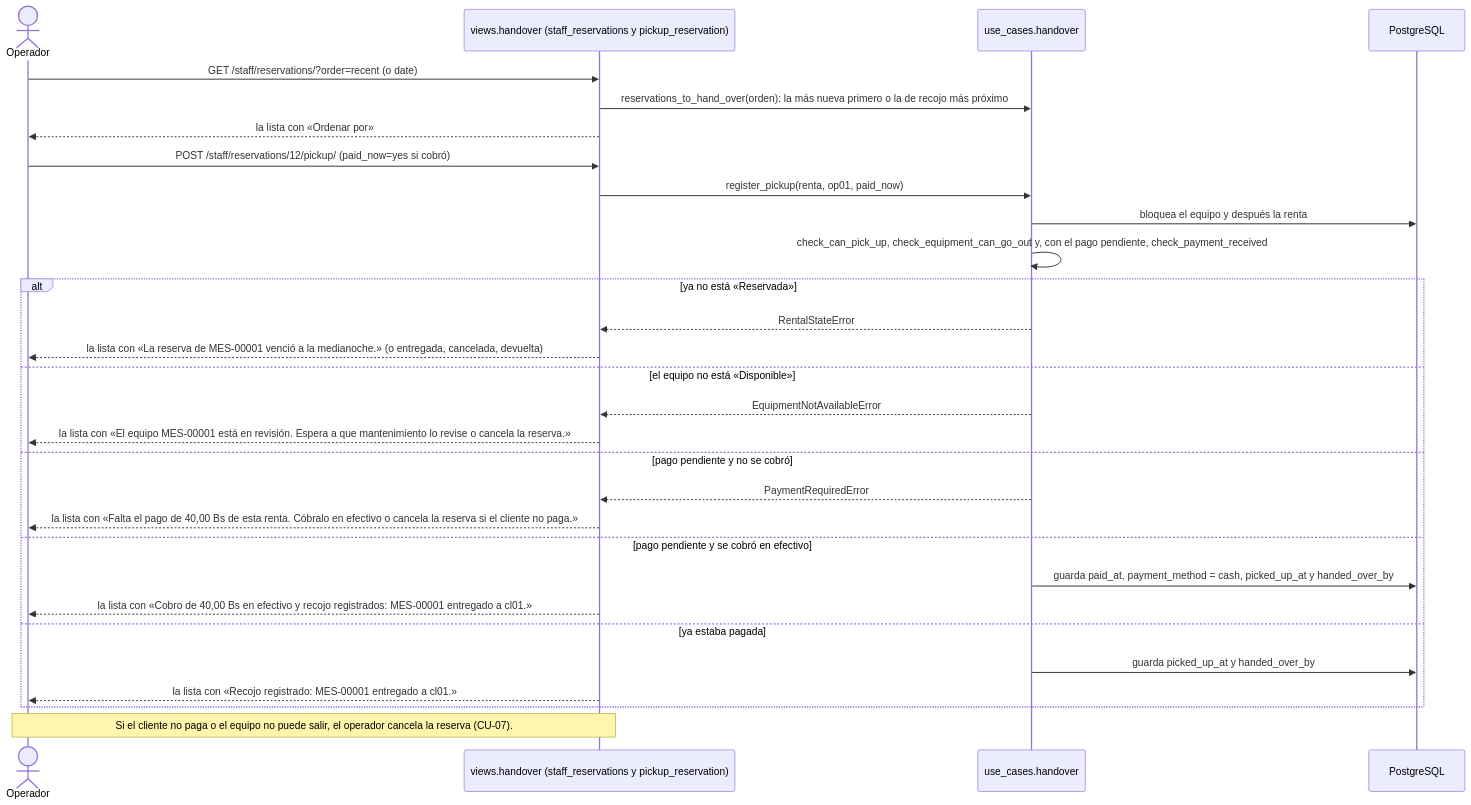
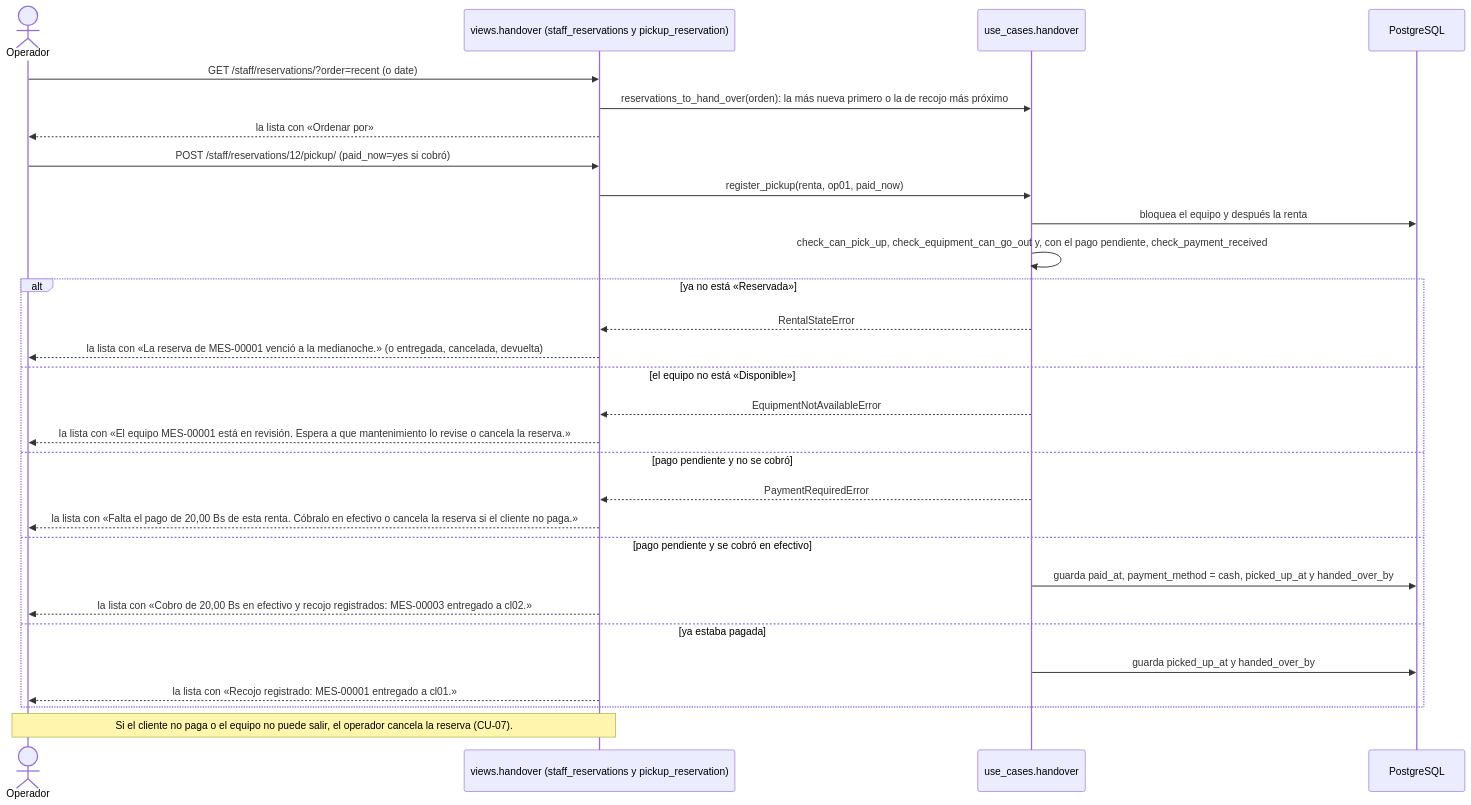
Before and after one commit to peterteranb/astra-rent-system: diagram 17 of 39 in docs/casos-de-uso.md, drawn with Mermaid. The commit also changed other lines of this file and 9 other files, not shown here.

````diff
--- a/docs/casos-de-uso.md
+++ b/docs/casos-de-uso.md
@@ -603,31 +743,31 @@
 ```mermaid
 sequenceDiagram
     actor O as Operador
     participant V as views.handover (staff_reservations y pickup_reservation)
     participant U as use_cases.handover
     participant BD as PostgreSQL
     O->>V: GET /staff/reservations/?order=recent (o date)
     V->>U: reservations_to_hand_over(orden): la más nueva primero o la de recojo más próximo
     V-->>O: la lista con «Ordenar por»
     O->>V: POST /staff/reservations/12/pickup/ (paid_now=yes si cobró)
     V->>U: register_pickup(renta, op01, paid_now)
     U->>BD: bloquea el equipo y después la renta
     U->>U: check_can_pick_up, check_equipment_can_go_out y, con el pago pendiente, check_payment_received
     alt ya no está «Reservada»
         U-->>V: RentalStateError
         V-->>O: la lista con «La reserva de MES-00001 venció a la medianoche.» (o entregada, cancelada, devuelta)
     else el equipo no está «Disponible»
         U-->>V: EquipmentNotAvailableError
         V-->>O: la lista con «El equipo MES-00001 está en revisión. Espera a que mantenimiento lo revise o cancela la reserva.»
     else pago pendiente y no se cobró
         U-->>V: PaymentRequiredError
-        V-->>O: la lista con «Falta el pago de 40,00 Bs de esta renta. Cóbralo en efectivo o cancela la reserva si el cliente no paga.»
+        V-->>O: la lista con «Falta el pago de 20,00 Bs de esta renta. Cóbralo en efectivo o cancela la reserva si el cliente no paga.»
     else pago pendiente y se cobró en efectivo
         U->>BD: guarda paid_at, payment_method = cash, picked_up_at y handed_over_by
-        V-->>O: la lista con «Cobro de 40,00 Bs en efectivo y recojo registrados: MES-00001 entregado a cl01.»
+        V-->>O: la lista con «Cobro de 20,00 Bs en efectivo y recojo registrados: MES-00003 entregado a cl02.»
     else ya estaba pagada
         U->>BD: guarda picked_up_at y handed_over_by
         V-->>O: la lista con «Recojo registrado: MES-00001 entregado a cl01.»
     end
     Note over O,V: Si el cliente no paga o el equipo no puede salir, el operador cancela la reserva (CU-07).
 ```
````
